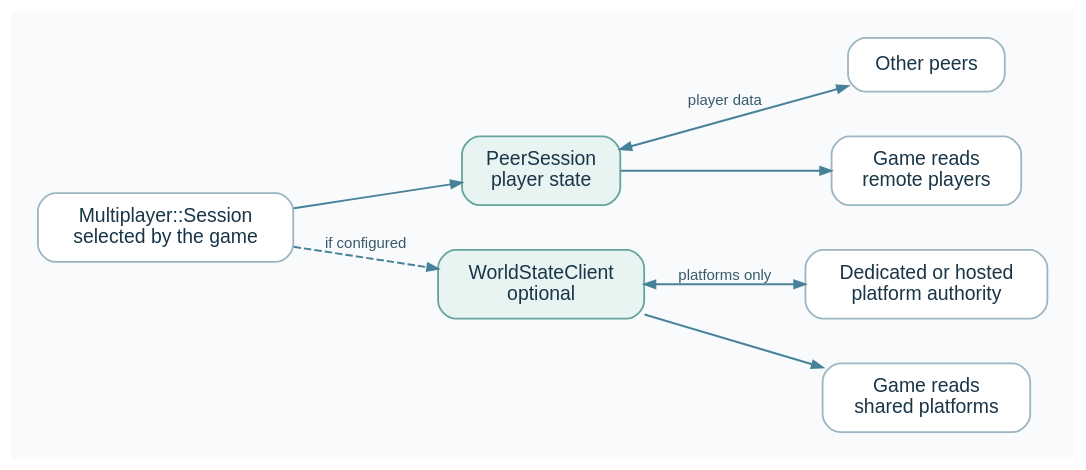
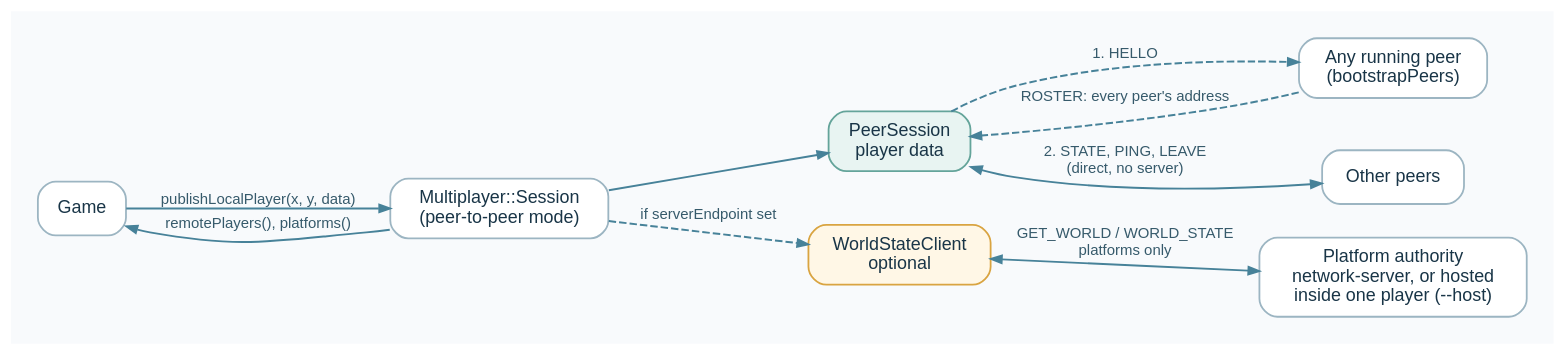
Before and after one commit to CSC581/shared-engine: the diagram in docs/peer-hybrid-flow.dot, drawn with Graphviz. The commit also changed 6 other files, not shown here.

```diff
--- a/docs/peer-hybrid-flow.dot
+++ b/docs/peer-hybrid-flow.dot
@@ -1,20 +1,22 @@
 digraph PeerHybridFlow {
-    graph [rankdir=LR, bgcolor="#F8FAFC", pad="0.25", nodesep="0.42", ranksep="0.5", splines=polyline];
-    node [shape=box, style="rounded,filled", fontname="Helvetica", fontsize=13, penwidth=1.2, color="#9CB5C2", fillcolor="#FFFFFF", fontcolor="#193547", margin="0.18,0.13"];
+    graph [rankdir=LR, bgcolor="#F8FAFC", pad="0.25", nodesep="0.3", ranksep="0.45", splines=spline];
+    node [shape=box, style="rounded,filled", fontname="Helvetica", fontsize=12, penwidth=1.2, color="#9CB5C2", fillcolor="#FFFFFF", fontcolor="#193547", margin="0.15,0.1"];
     edge [color="#478299", penwidth=1.3, arrowsize=0.72, fontname="Helvetica", fontsize=10, fontcolor="#365A6B"];
 
-    game [label="Multiplayer::Session\nselected by the game"];
-    mesh [label="PeerSession\nplayer state", fillcolor="#E8F4F2", color="#64A49A"];
+    game [label="Game"];
+    session [label="Multiplayer::Session\n(peer-to-peer mode)"];
+    mesh [label="PeerSession\nplayer data", fillcolor="#E8F4F2", color="#64A49A"];
+    known [label="Any running peer\n(bootstrapPeers)"];
     peers [label="Other peers"];
-    players [label="Game reads\nremote players"];
-    world [label="WorldStateClient\noptional", fillcolor="#E8F4F2", color="#64A49A"];
-    authority [label="Dedicated or hosted\nplatform authority"];
-    platforms [label="Game reads\nshared platforms"];
+    world [label="WorldStateClient\noptional", fillcolor="#FFF7E6", color="#D9A441"];
+    authority [label="Platform authority\nnetwork-server, or hosted\ninside one player (--host)"];
 
-    game -> mesh;
-    mesh -> peers [dir=both, label="player data"];
-    mesh -> players;
-    game -> world [style=dashed, label="if configured"];
-    world -> authority [dir=both, label="platforms only"];
-    world -> platforms;
+    game -> session [label="publishLocalPlayer(x, y, data)"];
+    session -> mesh;
+    mesh -> known [label="1. HELLO", style=dashed];
+    known -> mesh [label="ROSTER: every peer's address", style=dashed];
+    mesh -> peers [dir=both, label="2. STATE, PING, LEAVE\n(direct, no server)"];
+    session -> world [style=dashed, label="if serverEndpoint set"];
+    world -> authority [dir=both, label="GET_WORLD / WORLD_STATE\nplatforms only"];
+    session -> game [label="remotePlayers(), platforms()"];
 }
```
